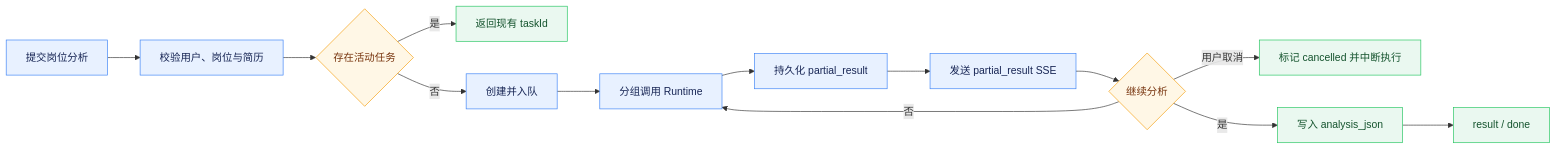
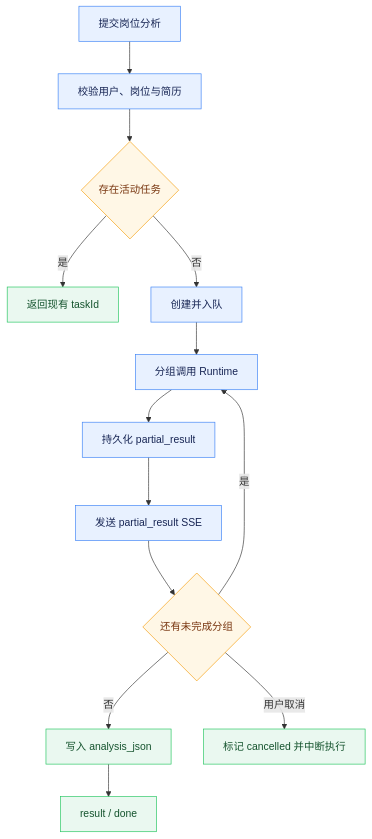
The diagram in agent-doc/业务功能/岗位分析与收藏管理.md (Logistic98/job-buddy), drawn with Mermaid before and after one commit. The commit also changed other lines of this file and 32 other files, not shown here.

````diff
--- a/agent-doc/业务功能/岗位分析与收藏管理.md
+++ b/agent-doc/业务功能/岗位分析与收藏管理.md
@@ -70,22 +45,22 @@
 ```mermaid
-graph LR
+graph TD
     A[提交岗位分析] --> B["校验用户、岗位与简历"]
     B --> C{存在活动任务}
     C -->|是| D[返回现有 taskId]
     C -->|否| E[创建并入队]
     E --> F[分组调用 Runtime]
     F --> G[持久化 partial_result]
     G --> H[发送 partial_result SSE]
-    H --> I{继续分析}
+    H --> I{还有未完成分组}
+    I -->|是| F
+    I -->|否| J[写入 analysis_json]
     I -->|用户取消| L[标记 cancelled 并中断执行]
-    I -->|否| F
-    I -->|是| J[写入 analysis_json]
     J --> K["result / done"]
 
     classDef process fill:#E8F1FF,stroke:#3B82F6,color:#172554;
     classDef decision fill:#FFF7E6,stroke:#F59E0B,color:#78350F;
     classDef result fill:#EAF8F0,stroke:#22C55E,color:#14532D;
     class A,B,E,F,G,H process;
     class C,I decision;
     class D,J,K,L result;
 ```
````
